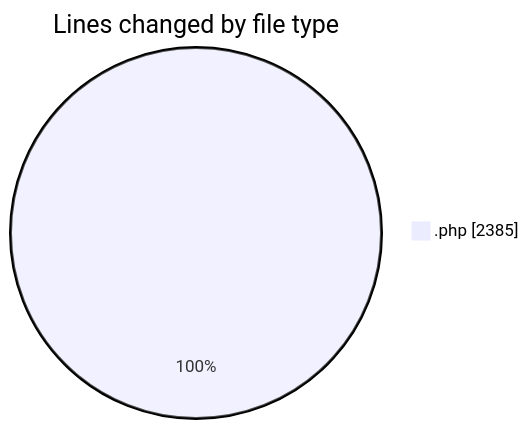
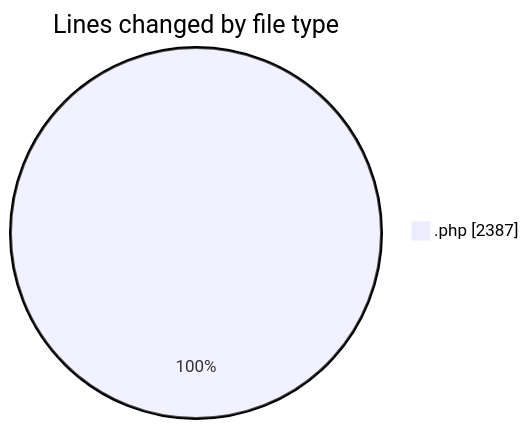
One commit to debugP/code-tracking changed the first of 2 diagrams in 2025-10-08/untitled__workspace_/README.md. Above: the diagram before and after it, drawn with Mermaid. The commit also changed other lines of this file and 1 other file, not shown here.

````diff
--- a/2025-10-08/untitled__workspace_/README.md
+++ b/2025-10-08/untitled__workspace_/README.md
@@ -24,5 +24,5 @@
 ```mermaid
 pie showData
 title Lines changed by file type
-".php" : 2385
+".php" : 2387
 ```
````
